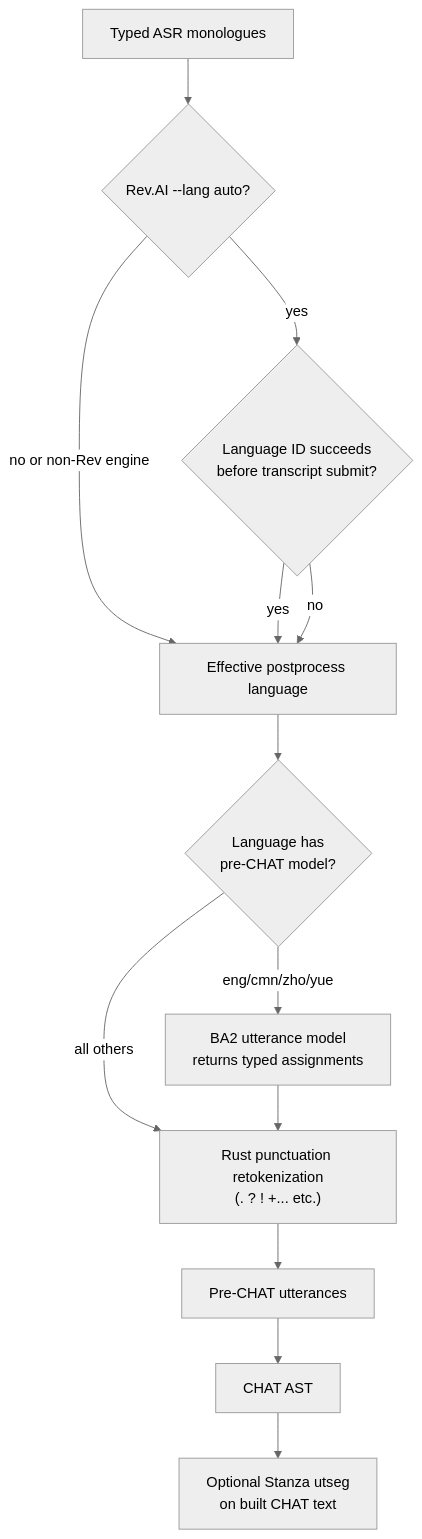
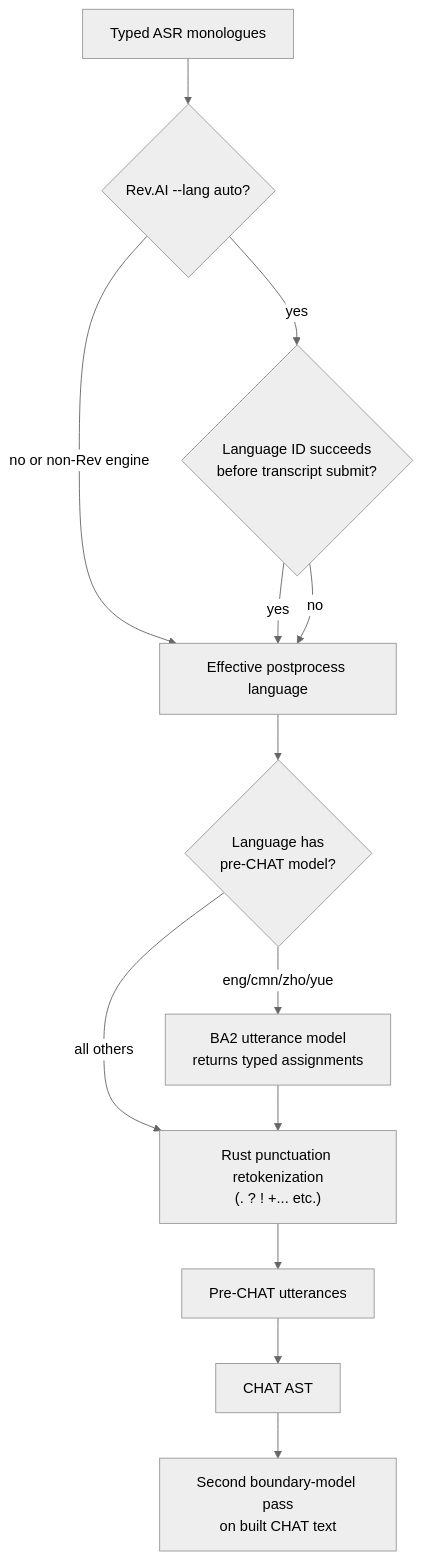
The first of 2 diagrams in book/src/batchalign/reference/utterance-segmentation.md (TalkBank/talkbank-tools), drawn with Mermaid (neutral theme) before and after one commit. The commit also changed other lines of this file and 181 other files, not shown here.

First line of the commit message:
feat(batchalign)!: add replayable evidence architecture

````diff
--- a/book/src/batchalign/reference/utterance-segmentation.md
+++ b/book/src/batchalign/reference/utterance-segmentation.md
@@ -37,26 +38,26 @@
 ```mermaid
 flowchart TD
     asr["Typed ASR monologues"]
     revauto{"Rev.AI --lang auto?"}
     langid{"Language ID succeeds\nbefore transcript submit?"}
     efflang["Effective postprocess language"]
     check{"Language has\npre-CHAT model?"}
     bert["BA2 utterance model\nreturns typed assignments"]
     punct["Rust punctuation retokenization\n(. ? ! +... etc.)"]
     utts["Pre-CHAT utterances"]
     chat["CHAT AST"]
-    stanza["Optional Stanza utseg\non built CHAT text"]
+    postchat["Second boundary-model pass\non built CHAT text"]
 
     asr --> revauto
     revauto -->|no or non-Rev engine| efflang
     revauto -->|yes| langid
     langid -->|yes| efflang
     langid -->|no| efflang
     efflang --> check
     check -->|eng/cmn/zho/yue| bert
     check -->|all others| punct
     bert --> punct
     punct --> utts
     utts --> chat
-    chat --> stanza
+    chat --> postchat
 ```
````
